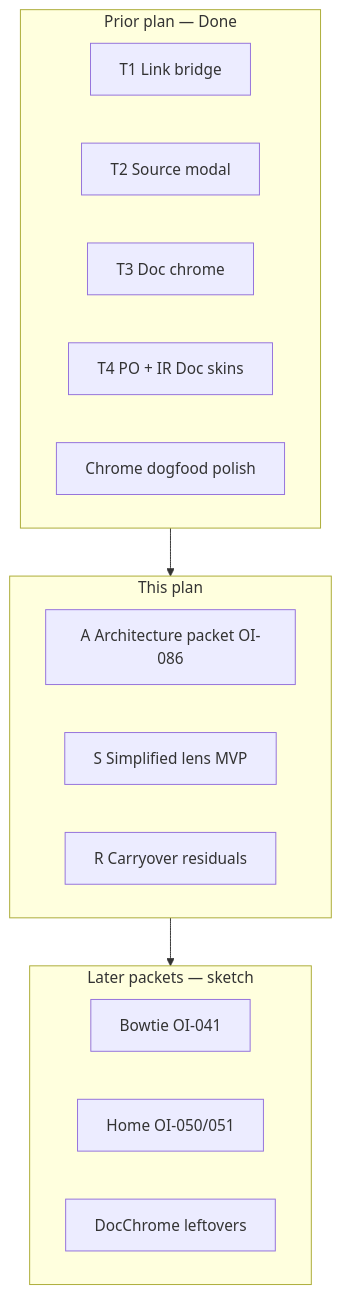
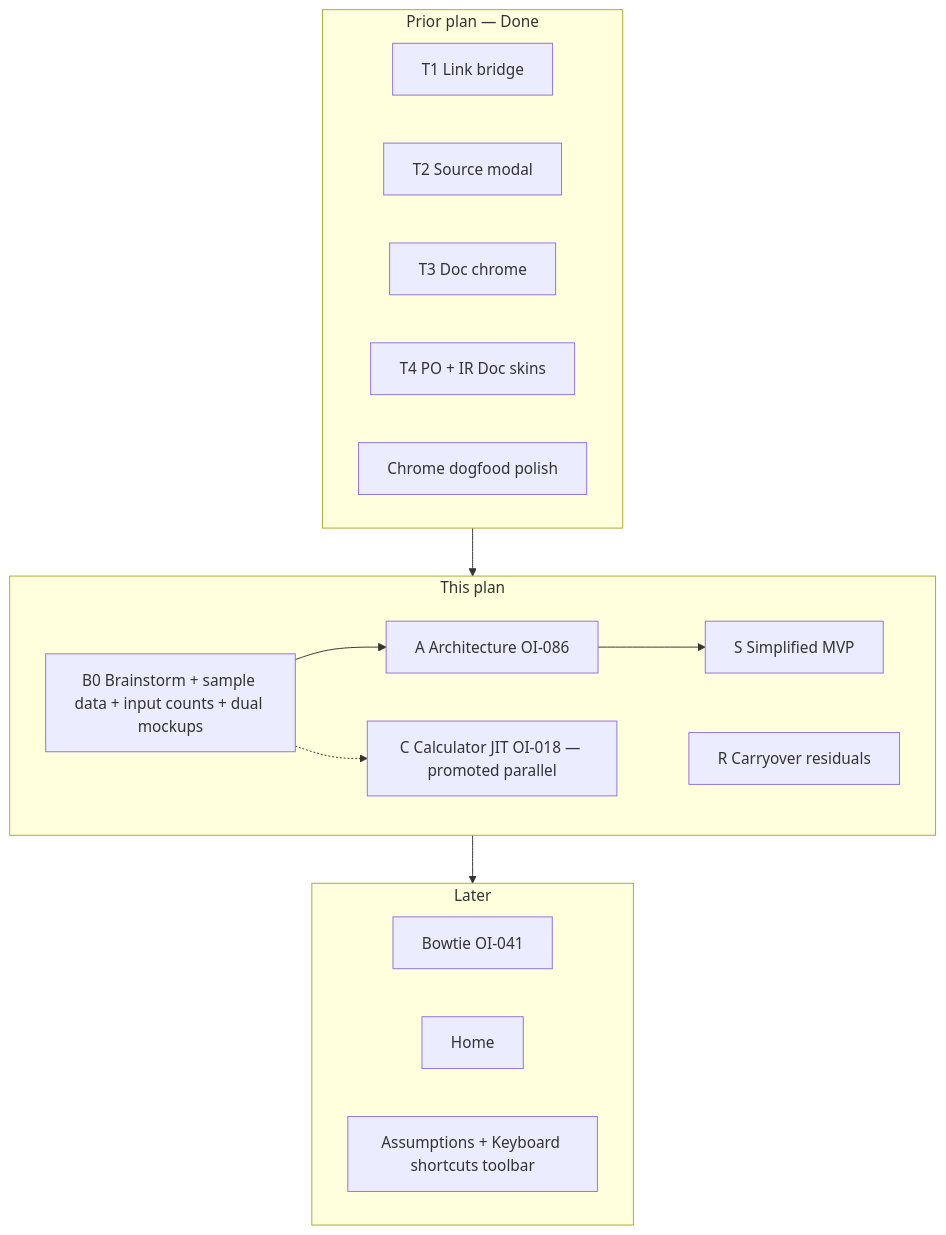
Before and after one commit to 5zorro/erpnext-ui-app: the first of 2 diagrams in docs/implementation-plan-2026-07-29.md, drawn with Mermaid. The commit also changed other lines of this file and 11 other files, not shown here.

First line of the commit message:
feat(calc): wire Doc JIT, Amount back-in, and history panel

````diff
--- a/docs/implementation-plan-2026-07-29.md
+++ b/docs/implementation-plan-2026-07-29.md
@@ -55,22 +57,27 @@
 ```mermaid
 flowchart TB
   subgraph prior ["Prior plan — Done"]
     T1[T1 Link bridge]
     T2[T2 Source modal]
     T3[T3 Doc chrome]
     T4[T4 PO + IR Doc skins]
     C[Chrome dogfood polish]
   end
   subgraph now ["This plan"]
-    A[A Architecture packet OI-086]
-    S[S Simplified lens MVP]
+    B0[B0 Brainstorm + sample data + input counts + dual mockups]
+    A[A Architecture OI-086]
+    S[S Simplified MVP]
     R[R Carryover residuals]
+    Calc[C Calculator JIT OI-018 — promoted parallel]
   end
-  subgraph later ["Later packets — sketch"]
-    B[Bowtie OI-041]
-    H[Home OI-050/051]
-    D[DocChrome leftovers]
+  subgraph later ["Later"]
+    Bw[Bowtie OI-041]
+    H[Home]
+    As[Assumptions + Keyboard shortcuts toolbar]
   end
   prior --> now
+  B0 --> A
+  A --> S
+  B0 -.-> Calc
   now --> later
 ```
````
